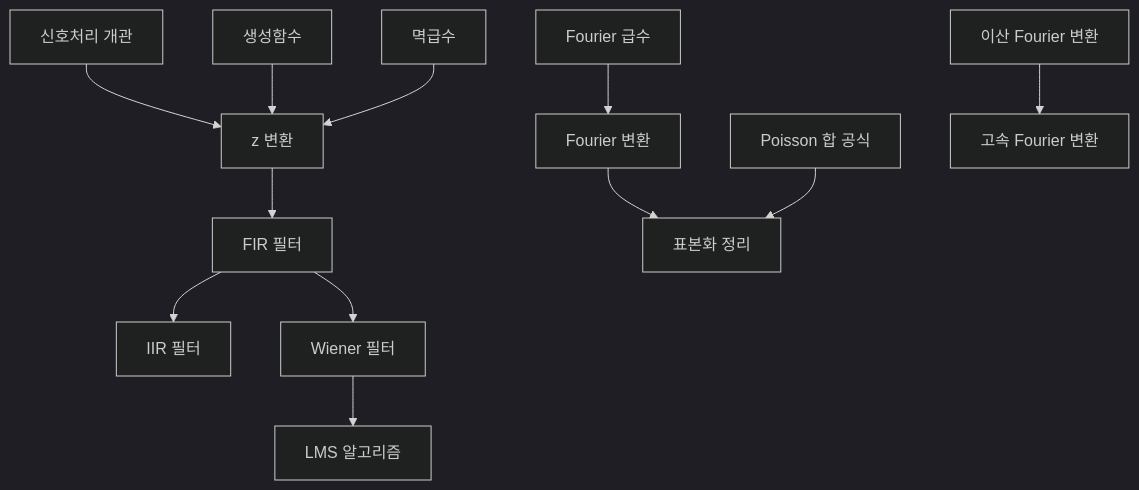
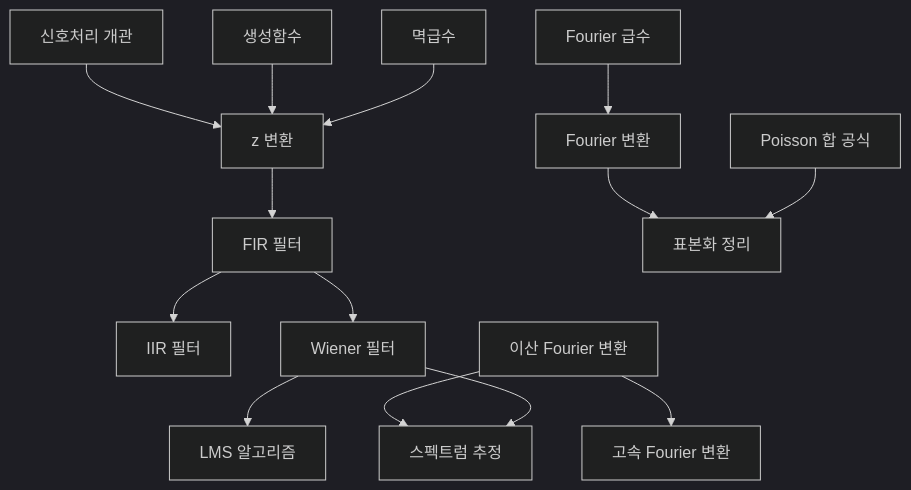
The diagram in docs/signal-processing-overview.md (Phryxia/math-map), drawn with Mermaid (dark theme) before and after one commit. The commit also changed other lines of this file and 4 other files, not shown here.

````diff
--- a/docs/signal-processing-overview.md
+++ b/docs/signal-processing-overview.md
@@ -11,14 +11,16 @@
 ```mermaid
 graph TD
   SPO["신호처리 개관"] --> ZT["z 변환"]
   GF["생성함수"] --> ZT
   PS["멱급수"] --> ZT
   ZT --> FIR["FIR 필터"]
   FIR --> IIR["IIR 필터"]
   FIR --> WF["Wiener 필터"]
   WF --> LMS["LMS 알고리즘"]
   FS["Fourier 급수"] --> FT["Fourier 변환"]
   FT --> ST["표본화 정리"]
   PSF["Poisson 합 공식"] --> ST
   DFT["이산 Fourier 변환"] --> FFT["고속 Fourier 변환"]
+  DFT --> SE["스펙트럼 추정"]
+  WF --> SE
 ```
````
